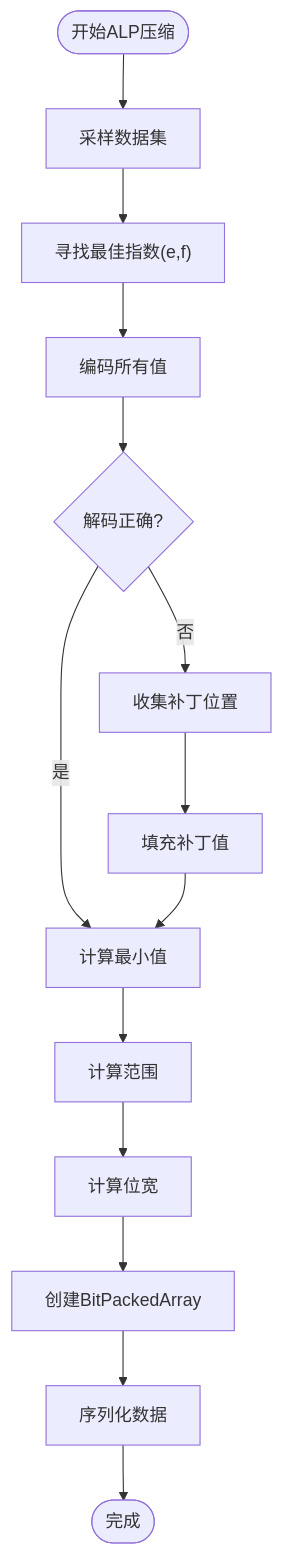
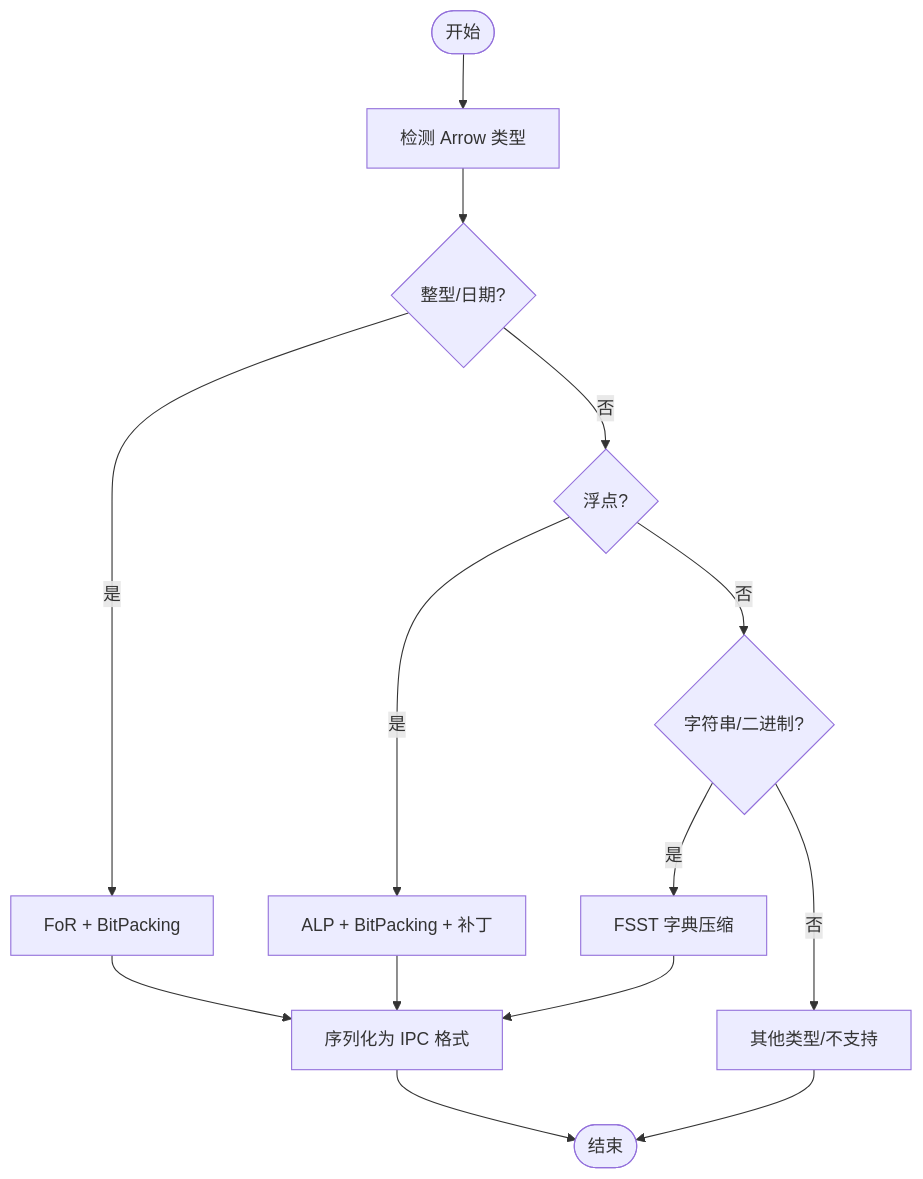
The fourth of 7 diagrams in .qoder/repowiki/zh/content/项目概述.md (tenglei/liquidCacheVelox), drawn with Mermaid before and after one commit. The commit also changed other lines of this file and 324 other files, not shown here.

````diff
--- a/.qoder/repowiki/zh/content/项目概述.md
+++ b/.qoder/repowiki/zh/content/项目概述.md
@@ -298,16 +210,16 @@
 ```mermaid
 flowchart TD
-Start([开始ALP压缩]) --> SampleData["采样数据集"]
-SampleData --> FindBestExp["寻找最佳指数(e,f)"]
-FindBestExp --> EncodeValues["编码所有值"]
-EncodeValues --> VerifyDecoding{"解码正确?"}
-VerifyDecoding --> |否| CollectPatches["收集补丁位置"]
-VerifyDecoding --> |是| CalcMin["计算最小值"]
-CollectPatches --> FillPatches["填充补丁值"]
-FillPatches --> CalcMin
-CalcMin --> CalcRange["计算范围"]
-CalcRange --> CalcBW["计算位宽"]
-CalcBW --> CreateBPA["创建BitPackedArray"]
-CreateBPA --> Serialize["序列化数据"]
-Serialize --> End([完成])
+Start(["开始"]) --> Detect["检测 Arrow 类型"]
+Detect --> IntDate{"整型/日期?"}
+IntDate --> |是| FoR["FoR + BitPacking"]
+IntDate --> |否| Float{"浮点?"}
+Float --> |是| ALP["ALP + BitPacking + 补丁"]
+Float --> |否| StrBin{"字符串/二进制?"}
+StrBin --> |是| FSST["FSST 字典压缩"]
+StrBin --> |否| Other["其他类型/不支持"]
+FoR --> Serialize["序列化为 IPC 格式"]
+ALP --> Serialize
+FSST --> Serialize
+Other --> End(["结束"])
+Serialize --> End
 ```
````
